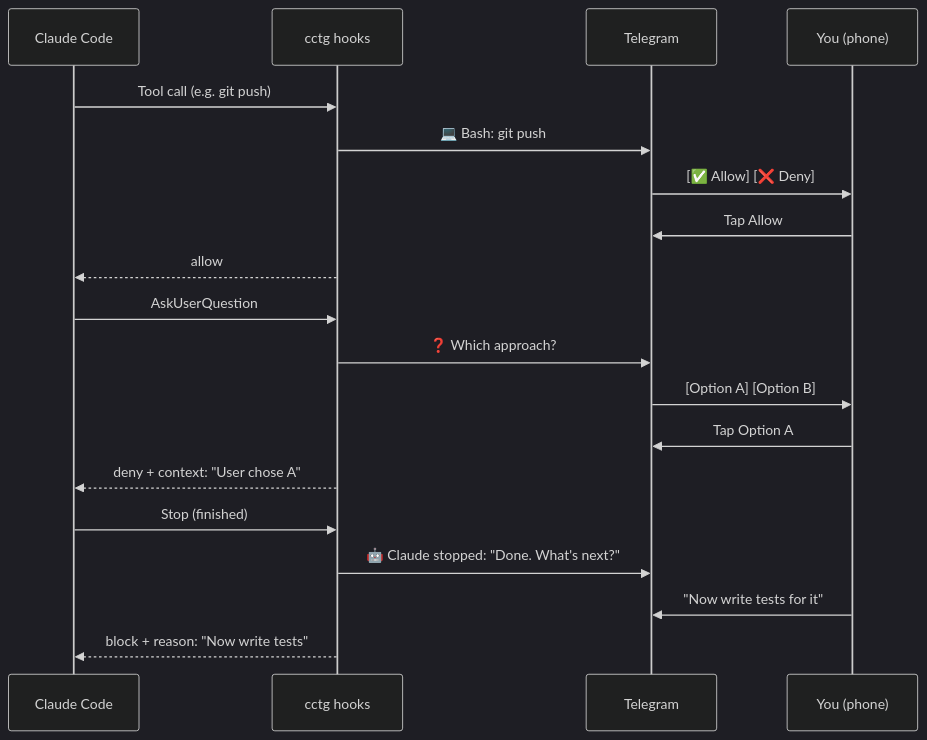
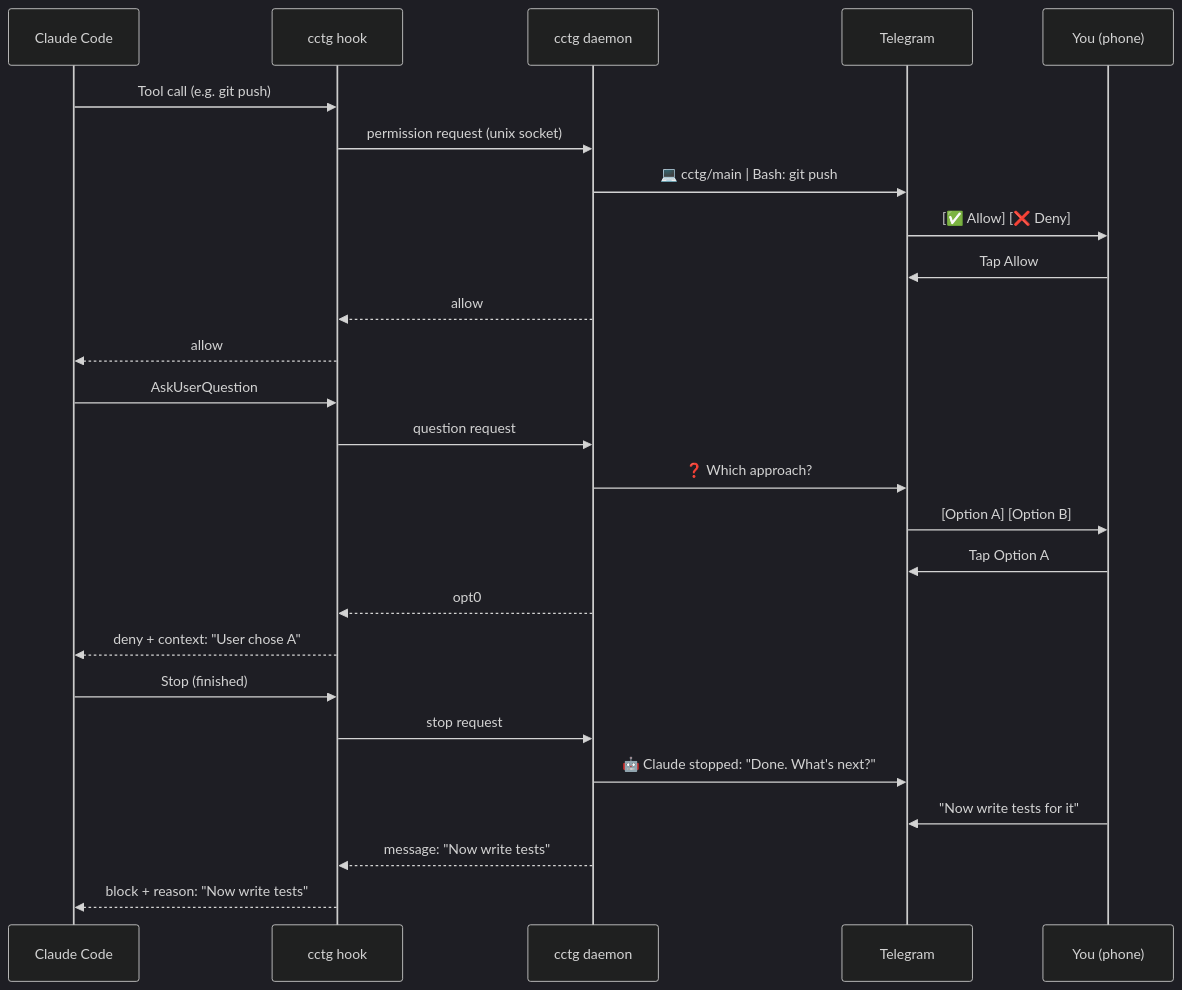
The first of 2 diagrams in README.md (laveez/cctg), drawn with Mermaid (dark theme) before and after one commit. The commit also changed other lines of this file, not shown here.

First line of the commit message:
Docs: Update README for daemon architecture and multi-session support

````diff
--- a/README.md
+++ b/README.md
@@ -24,24 +24,31 @@
 ```mermaid
 sequenceDiagram
     participant C as Claude Code
-    participant H as cctg hooks
+    participant H as cctg hook
+    participant D as cctg daemon
     participant T as Telegram
     participant U as You (phone)
 
     C->>H: Tool call (e.g. git push)
-    H->>T: 💻 Bash: git push
+    H->>D: permission request (unix socket)
+    D->>T: 💻 cctg/main | Bash: git push
     T->>U: [✅ Allow] [❌ Deny]
     U->>T: Tap Allow
+    D-->>H: allow
     H-->>C: allow
 
     C->>H: AskUserQuestion
-    H->>T: ❓ Which approach?
+    H->>D: question request
+    D->>T: ❓ Which approach?
     T->>U: [Option A] [Option B]
     U->>T: Tap Option A
+    D-->>H: opt0
     H-->>C: deny + context: "User chose A"
 
     C->>H: Stop (finished)
-    H->>T: 🤖 Claude stopped: "Done. What's next?"
+    H->>D: stop request
+    D->>T: 🤖 Claude stopped: "Done. What's next?"
     U->>T: "Now write tests for it"
+    D-->>H: message: "Now write tests"
     H-->>C: block + reason: "Now write tests"
 ```
````
